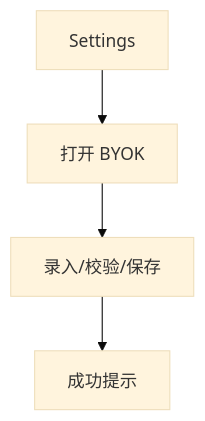
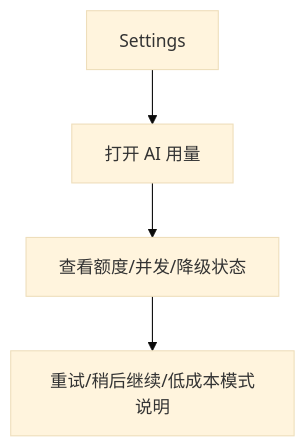
Before and after one commit to yimeng-tong/nomad-mvp: the eighth of 9 diagrams in _bmad-output/planning-artifacts/ux.md, drawn with Mermaid (base theme). The commit also changed other lines of this file and 28 other files, not shown here.

````diff
--- a/_bmad-output/planning-artifacts/ux.md
+++ b/_bmad-output/planning-artifacts/ux.md
@@ -223,6 +222,6 @@
 ```mermaid
 graph TD
-  A[Settings] --> B[打开 BYOK]
-  B --> C[录入/校验/保存]
-  C --> D[成功提示]
+  A[Settings] --> B[打开 AI 用量]
+  B --> C[查看额度/并发/降级状态]
+  C --> D[重试/稍后继续/低成本模式说明]
 ```
````
